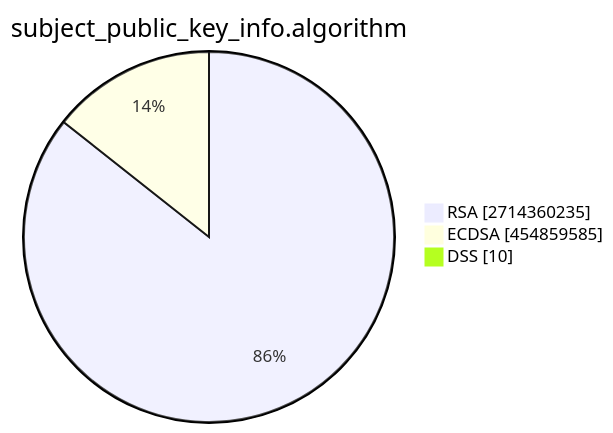
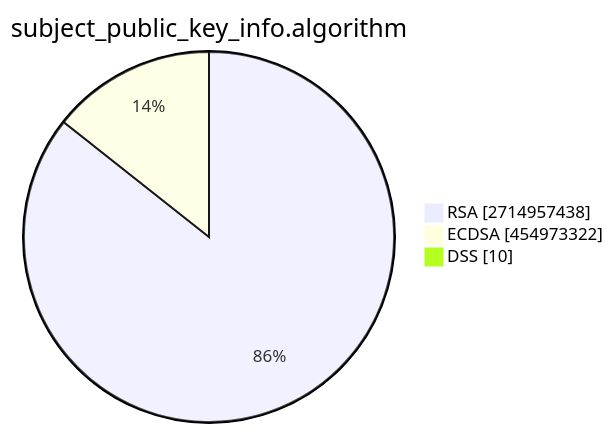
Before and after one commit to christiankrug/ctmonitor_visualization: the second of 15 diagrams in TOTAL/README.md, drawn with Mermaid. The commit also changed other lines of this file, not shown here.

````diff
--- a/TOTAL/README.md
+++ b/TOTAL/README.md
@@ -6,7 +6,7 @@
 ```mermaid
 pie showData
 title subject_public_key_info.algorithm
-"RSA" :2714360235
-"ECDSA" :454859585
+"RSA" :2714957438
+"ECDSA" :454973322
 "DSS" :10
 ```
````
